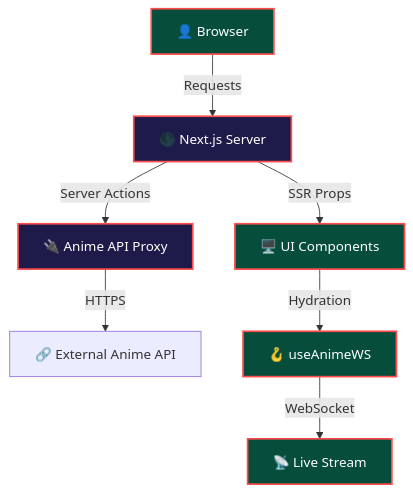
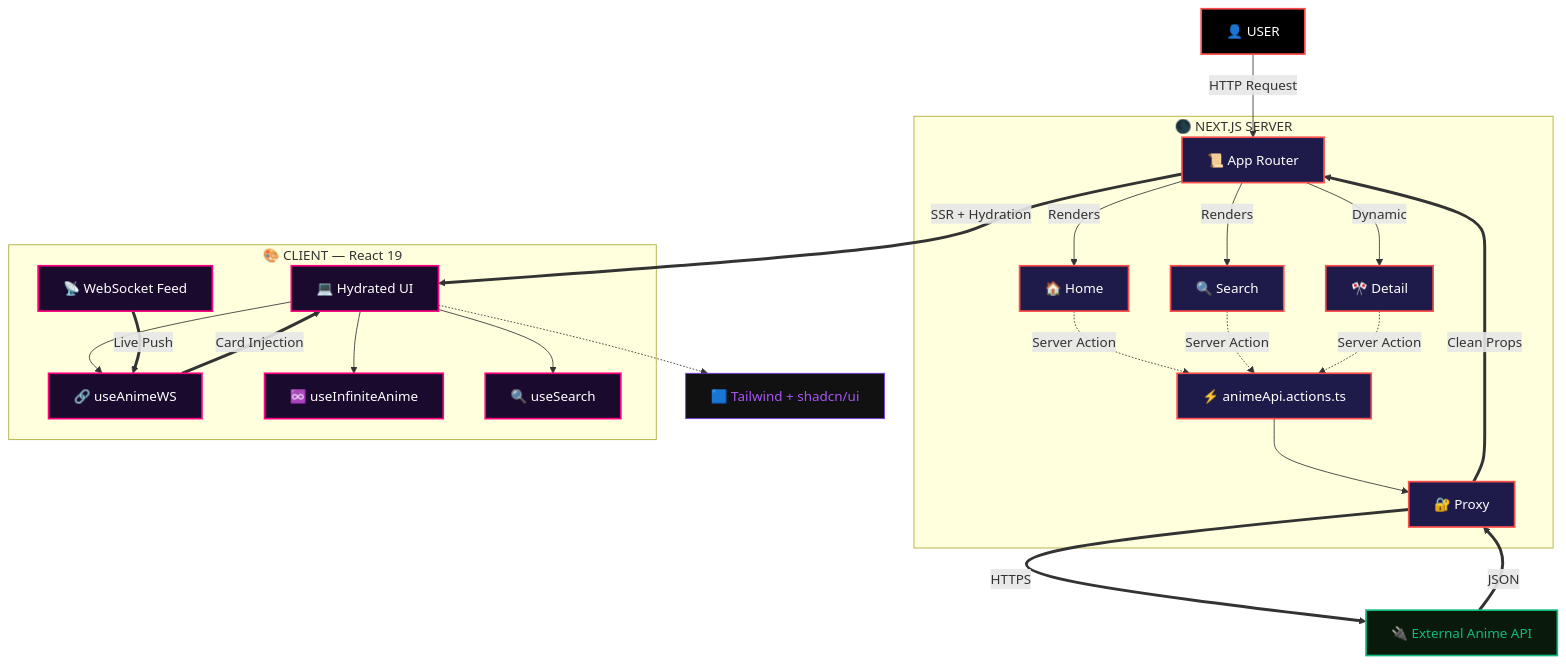
Before and after one commit to salonyranjan/anime-grid: the first of 2 diagrams in README.md, drawn with Mermaid. The commit also changed other lines of this file, not shown here.

````diff
--- a/README.md
+++ b/README.md
@@ -99,16 +161,52 @@
 ```mermaid
 graph TD
-    B[👤 Browser] -->|Requests| S[🌑 Next.js Server]
-    S -->|Server Actions| API[🔌 Anime API Proxy]
-    API -->|HTTPS| EXT[🔗 External Anime API]
+    U[👤 USER] -->|HTTP Request| APP
 
-    S -->|SSR Props| UI[🖥️ UI Components]
-    UI -->|Hydration| HOOK[🪝 useAnimeWS]
-    HOOK -->|WebSocket| WS[📡 Live Stream]
+    subgraph Next_Server ["🌑 NEXT.JS SERVER"]
+        APP[📜 App Router]
+        APP -->|Renders| P_HOME[🏠 Home]
+        APP -->|Renders| P_SEARCH[🔍 Search]
+        APP -->|Dynamic| P_DETAIL[🎌 Detail]
+        SEC[⚡ animeApi.actions.ts]
+        PROXY[🔐 Proxy]
+    end
+
+    EXT[🔌 External Anime API]
+    P_HOME -.->|Server Action| SEC
+    P_SEARCH -.->|Server Action| SEC
+    P_DETAIL -.->|Server Action| SEC
+    SEC --> PROXY
+    PROXY ==>|HTTPS| EXT
+    EXT ==>|JSON| PROXY
+    PROXY ==>|Clean Props| APP
+
+    subgraph Client_Layer ["🎨 CLIENT — React 19"]
+        UI[💻 Hydrated UI]
+        HOOKS_WS[🔗 useAnimeWS]
+        HOOKS_INF[♾️ useInfiniteAnime]
+        HOOKS_SRCH[🔍 useSearch]
+        WS[📡 WebSocket Feed]
+    end
+
+    APP ==>|SSR + Hydration| UI
+    UI --> HOOKS_WS
+    UI --> HOOKS_INF
+    UI --> HOOKS_SRCH
+    WS ==>|Live Push| HOOKS_WS
+    HOOKS_WS ==>|Card Injection| UI
+
+    TAILWIND[🟦 Tailwind + shadcn/ui]
+    UI -.-> TAILWIND
 
     classDef server fill:#1e1b4b,stroke:#ff4d4d,stroke-width:2px,color:#fff;
-    classDef client fill:#064e3b,stroke:#ff4d4d,stroke-width:2px,color:#fff;
-    class B,UI client;
-    class S,API server;
-    class WS,HOOK client;
+    classDef client fill:#1a0a2e,stroke:#ff007f,stroke-width:2px,color:#fff;
+    classDef external fill:#0a1a0a,stroke:#10b981,stroke-width:2px,color:#10b981;
+    classDef styling fill:#111,stroke:#7c3aed,stroke-width:1px,color:#a855f7;
+    classDef user fill:#000,stroke:#ff4d4d,stroke-width:2px,color:#fff;
+
+    class U user;
+    class APP,P_HOME,P_SEARCH,P_DETAIL,SEC,PROXY server;
+    class UI,HOOKS_WS,HOOKS_INF,HOOKS_SRCH,WS client;
+    class EXT external;
+    class TAILWIND styling;
 ```
````
